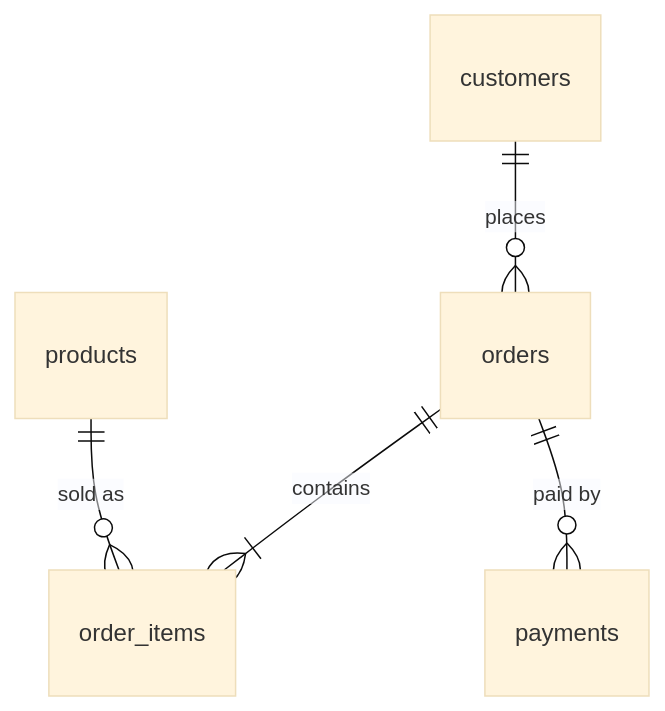
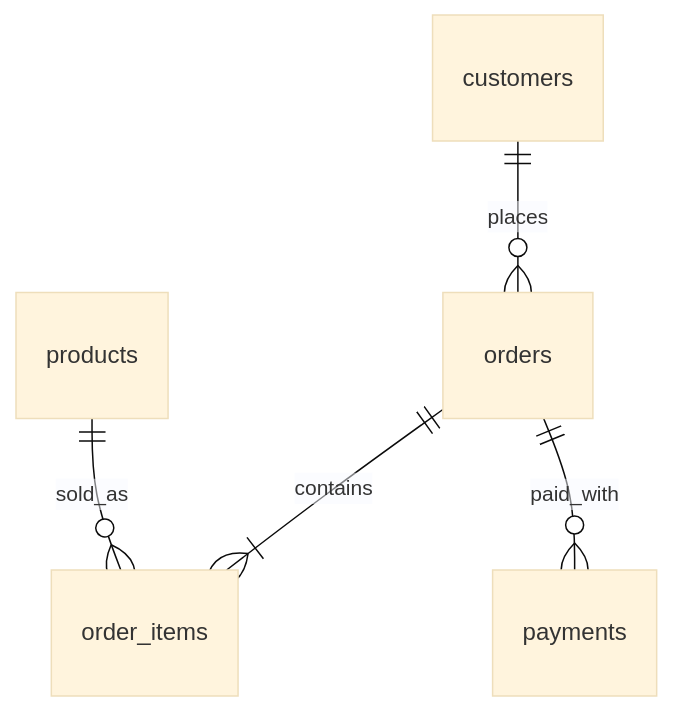
Before and after one commit to Owais4077/Enterprise-Sales-Medallion-Lakehouse: the diagram in README.md, drawn with Mermaid (base theme). The commit also changed other lines of this file, not shown here.

Commit message:
Fix GitHub Mermaid erDiagram syntax error and update complete phase documentation

````diff
--- a/README.md
+++ b/README.md
@@ -29,7 +28,7 @@
 ```mermaid
 erDiagram
     customers ||--o{ orders : places
     orders ||--|{ order_items : contains
-    products ||--o{ order_items : "sold as"
-    orders ||--o{ payments : "paid by"
+    products ||--o{ order_items : sold_as
+    orders ||--o{ payments : paid_with
 ```
````
